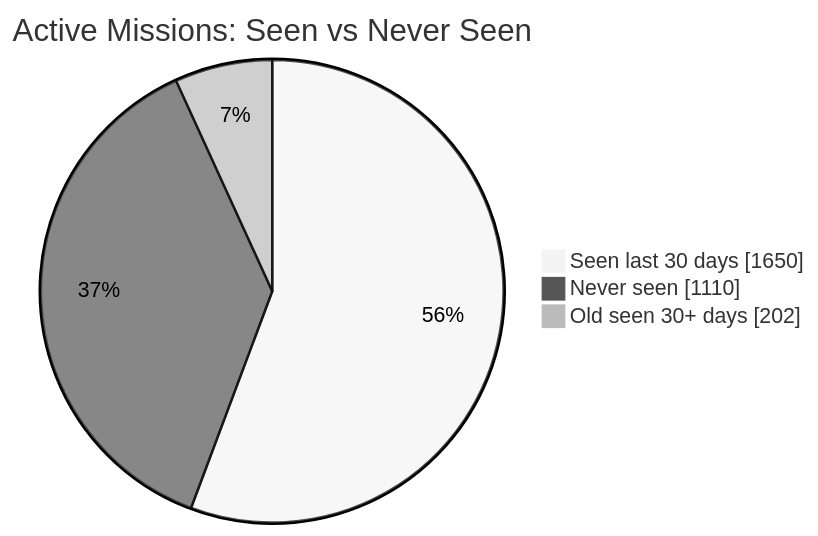
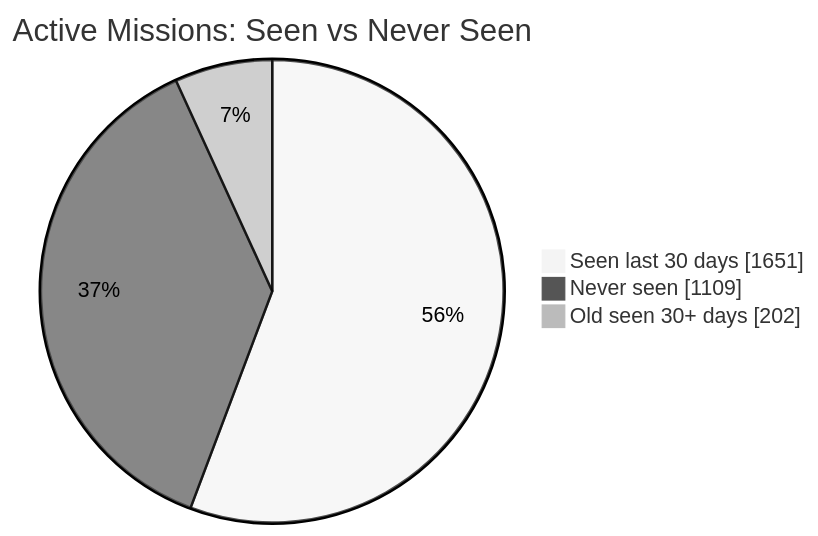
One commit to MeldkamerspelGameTeam/active-missions changed the first of 2 diagrams in README.md. Above: the diagram before and after it, drawn with Mermaid (neutral theme). The commit also changed other lines of this file and 3 other files, not shown here.

````diff
--- a/README.md
+++ b/README.md
@@ -34,7 +34,7 @@
 ```mermaid
 pie showData
     title Active Missions: Seen vs Never Seen
-    "Seen last 30 days" : 1650
-    "Never seen" : 1110
+    "Seen last 30 days" : 1651
+    "Never seen" : 1109
     "Old seen 30+ days" : 202
 ```
````
